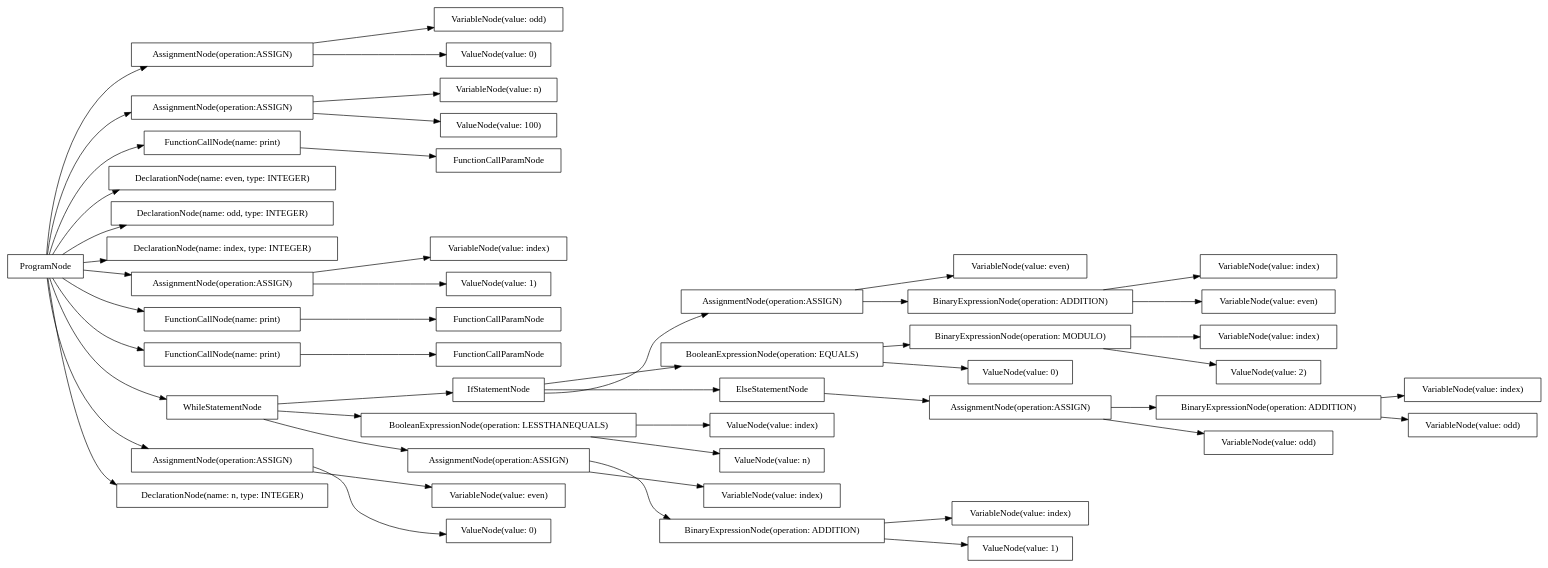
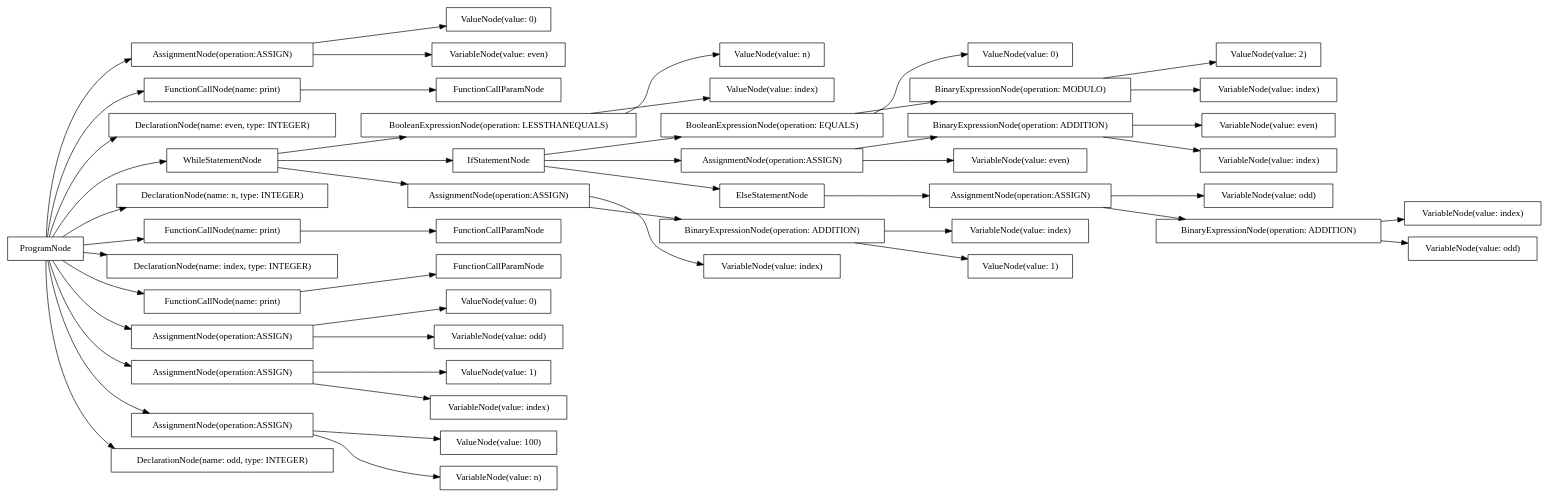
One commit to AtLeastITry/ANTLR-Python-Compiler changed the diagram in src/output/dot/odd_even.dot. Above: the diagram before and after it, drawn with Graphviz. The commit also changed 14 other files, not shown here.

```diff
--- a/src/output/dot/odd_even.dot
+++ b/src/output/dot/odd_even.dot
@@ -1,100 +1,100 @@
 digraph G {
 rankdir=LR
-"3809013b-b61e-493b-8d62-8a23dbab45ff" [label="ValueNode(value: index)" shape="box"];
-"6781e518-d2d3-419f-a4c2-068d3c13088f" [label="BinaryExpressionNode(operation: ADDITION)" shape="box"];
-"0256ef0f-d41a-4366-9b10-d1d94346692d" [label="VariableNode(value: index)" shape="box"];
-"fae9a1ee-4cd4-4255-af18-330e2ff16569" [label="VariableNode(value: index)" shape="box"];
-"02f9b471-5ef6-4e3b-ada4-86e4ba8ac185" [label="AssignmentNode(operation:ASSIGN)" shape="box"];
-"87c7e4fe-4abf-4461-bd63-7e54dca55efe" [label="FunctionCallParamNode" shape="box"];
-"5439dd19-3e44-4da8-9215-573bfc61f30e" [label="VariableNode(value: even)" shape="box"];
-"7bd5accd-e22b-4c8e-bf56-f90ff34bc320" [label="AssignmentNode(operation:ASSIGN)" shape="box"];
-"d639a80e-4cbc-47eb-9565-3c8ecb4a4854" [label="VariableNode(value: n)" shape="box"];
-"d42efec5-084f-4982-ab72-4f3ec8c3dc3e" [label="VariableNode(value: odd)" shape="box"];
-"07bce325-fcf5-446f-afda-afbe905f5aa1" [label="IfStatementNode" shape="box"];
-"52468fc1-8027-4d6e-9e62-03e282b260dc" [label="AssignmentNode(operation:ASSIGN)" shape="box"];
-"3a7d7f69-3c8e-4176-8a4a-3048b28152cc" [label="BooleanExpressionNode(operation: EQUALS)" shape="box"];
-"a2e1cc5d-94a8-4962-891a-d42a135f9eba" [label="ElseStatementNode" shape="box"];
-"0d0e05b9-266d-403a-8d1a-c05770c76b4e" [label="VariableNode(value: index)" shape="box"];
-"ce733e91-65bf-4e02-a78b-aa477d0c1239" [label="ValueNode(value: 2)" shape="box"];
-"885a8039-c92a-44d7-87a3-9e57b24ff50d" [label="ValueNode(value: n)" shape="box"];
-"95a9ed94-b1a4-4bac-882e-0b4ae112166d" [label="ValueNode(value: 1)" shape="box"];
-"85bf4077-cf6f-42bb-877e-9ce20c26c588" [label="FunctionCallNode(name: print)" shape="box"];
-"ac5817c1-da05-457c-a48f-839d79ef4dac" [label="VariableNode(value: odd)" shape="box"];
-"a93d1f53-38a4-4a39-ac14-e12404324c42" [label="BooleanExpressionNode(operation: LESSTHANEQUALS)" shape="box"];
-"23fb9eef-0342-4af3-969f-816f9fa285c3" [label="DeclarationNode(name: even, type: INTEGER)" shape="box"];
-"636f3e75-ef83-4e53-bc32-0dce8ad4bad5" [label="ValueNode(value: 0)" shape="box"];
-"5c1d7a8a-95dc-4f13-98d7-684fefa108d6" [label="BinaryExpressionNode(operation: MODULO)" shape="box"];
-"1d103224-5580-46b9-a36c-2180cdd6860f" [label="DeclarationNode(name: odd, type: INTEGER)" shape="box"];
-"8923ff8b-311f-4f1c-9979-0f5fcc4d7e78" [label="DeclarationNode(name: index, type: INTEGER)" shape="box"];
-"c94e8104-1da4-4580-8fcf-0d77aa1ffa70" [label="VariableNode(value: index)" shape="box"];
-"a09ea6ff-928d-495a-9dbc-6ec2920c33f9" [label="AssignmentNode(operation:ASSIGN)" shape="box"];
-"a5a10867-4160-49fe-a936-17cc8ff115ed" [label="FunctionCallNode(name: print)" shape="box"];
-"c6a8c293-0a05-4aa6-bad7-0fe6a0e2360a" [label="VariableNode(value: index)" shape="box"];
-"7f09def7-4102-4d2a-bed2-cf0b76eef827" [label="BinaryExpressionNode(operation: ADDITION)" shape="box"];
-"1727135e-61bb-4e9a-a1e0-1a0858f29104" [label="FunctionCallNode(name: print)" shape="box"];
-"f5c30b27-d60a-4dd0-8a52-3cfaf8962247" [label="ValueNode(value: 1)" shape="box"];
-"c8a3aab9-42c3-492e-bf42-12d3aa39d710" [label="WhileStatementNode" shape="box"];
-"1dd0a4c6-21c6-41aa-b4a5-179d02a7da37" [label="AssignmentNode(operation:ASSIGN)" shape="box"];
-"09a7f854-989b-4a93-9d32-814a205ca48c" [label="VariableNode(value: even)" shape="box"];
-"95bac37d-3ea4-4ce7-a424-7c94b04c572d" [label="VariableNode(value: index)" shape="box"];
-"51e7272d-1971-49e7-8f52-1d53507bd344" [label="DeclarationNode(name: n, type: INTEGER)" shape="box"];
-"5a2064b0-965a-4987-a42a-f1c3fc591c9e" [label="ValueNode(value: 0)" shape="box"];
-"3bc1737d-fd6c-4907-a2e6-3f2a8d6c7013" [label="VariableNode(value: even)" shape="box"];
-"7087e7ad-cf29-406f-be73-b8e9bf1ab809" [label="AssignmentNode(operation:ASSIGN)" shape="box"];
-"95c101bf-cc89-4a58-b998-feed817445c7" [label="ProgramNode" shape="box"];
-"687a74a7-6ad3-4ba1-a66d-3c1b2ca7eb97" [label="FunctionCallParamNode" shape="box"];
-"38ed1f74-5821-4ac8-bf9e-9becb8e6948a" [label="ValueNode(value: 0)" shape="box"];
-"9a0e4a6e-b478-4368-8723-6470f99e82c8" [label="VariableNode(value: odd)" shape="box"];
-"83256038-ec40-4846-b72a-dbd8b6f4b96b" [label="ValueNode(value: 100)" shape="box"];
-"413e19a1-f1be-4610-8c2e-8ec1226fd8ca" [label="AssignmentNode(operation:ASSIGN)" shape="box"];
-"322ccabc-77e9-4eed-89e9-c4d230421193" [label="BinaryExpressionNode(operation: ADDITION)" shape="box"];
-"fe72e887-d12a-47c0-b0c2-0172547c292d" [label="FunctionCallParamNode" shape="box"];
-"95c101bf-cc89-4a58-b998-feed817445c7" -> "51e7272d-1971-49e7-8f52-1d53507bd344";
-"95c101bf-cc89-4a58-b998-feed817445c7" -> "1d103224-5580-46b9-a36c-2180cdd6860f";
-"95c101bf-cc89-4a58-b998-feed817445c7" -> "23fb9eef-0342-4af3-969f-816f9fa285c3";
-"95c101bf-cc89-4a58-b998-feed817445c7" -> "8923ff8b-311f-4f1c-9979-0f5fcc4d7e78";
-"95c101bf-cc89-4a58-b998-feed817445c7" -> "7bd5accd-e22b-4c8e-bf56-f90ff34bc320";
-"7bd5accd-e22b-4c8e-bf56-f90ff34bc320" -> "d639a80e-4cbc-47eb-9565-3c8ecb4a4854";
-"7bd5accd-e22b-4c8e-bf56-f90ff34bc320" -> "83256038-ec40-4846-b72a-dbd8b6f4b96b";
-"95c101bf-cc89-4a58-b998-feed817445c7" -> "02f9b471-5ef6-4e3b-ada4-86e4ba8ac185";
-"02f9b471-5ef6-4e3b-ada4-86e4ba8ac185" -> "ac5817c1-da05-457c-a48f-839d79ef4dac";
-"02f9b471-5ef6-4e3b-ada4-86e4ba8ac185" -> "636f3e75-ef83-4e53-bc32-0dce8ad4bad5";
-"95c101bf-cc89-4a58-b998-feed817445c7" -> "1dd0a4c6-21c6-41aa-b4a5-179d02a7da37";
-"1dd0a4c6-21c6-41aa-b4a5-179d02a7da37" -> "5439dd19-3e44-4da8-9215-573bfc61f30e";
-"1dd0a4c6-21c6-41aa-b4a5-179d02a7da37" -> "5a2064b0-965a-4987-a42a-f1c3fc591c9e";
-"95c101bf-cc89-4a58-b998-feed817445c7" -> "a09ea6ff-928d-495a-9dbc-6ec2920c33f9";
-"a09ea6ff-928d-495a-9dbc-6ec2920c33f9" -> "fae9a1ee-4cd4-4255-af18-330e2ff16569";
-"a09ea6ff-928d-495a-9dbc-6ec2920c33f9" -> "95a9ed94-b1a4-4bac-882e-0b4ae112166d";
-"95c101bf-cc89-4a58-b998-feed817445c7" -> "c8a3aab9-42c3-492e-bf42-12d3aa39d710";
-"c8a3aab9-42c3-492e-bf42-12d3aa39d710" -> "a93d1f53-38a4-4a39-ac14-e12404324c42";
-"a93d1f53-38a4-4a39-ac14-e12404324c42" -> "3809013b-b61e-493b-8d62-8a23dbab45ff";
-"a93d1f53-38a4-4a39-ac14-e12404324c42" -> "885a8039-c92a-44d7-87a3-9e57b24ff50d";
-"c8a3aab9-42c3-492e-bf42-12d3aa39d710" -> "07bce325-fcf5-446f-afda-afbe905f5aa1";
-"07bce325-fcf5-446f-afda-afbe905f5aa1" -> "3a7d7f69-3c8e-4176-8a4a-3048b28152cc";
-"3a7d7f69-3c8e-4176-8a4a-3048b28152cc" -> "5c1d7a8a-95dc-4f13-98d7-684fefa108d6";
-"5c1d7a8a-95dc-4f13-98d7-684fefa108d6" -> "0d0e05b9-266d-403a-8d1a-c05770c76b4e";
-"5c1d7a8a-95dc-4f13-98d7-684fefa108d6" -> "ce733e91-65bf-4e02-a78b-aa477d0c1239";
-"3a7d7f69-3c8e-4176-8a4a-3048b28152cc" -> "38ed1f74-5821-4ac8-bf9e-9becb8e6948a";
-"07bce325-fcf5-446f-afda-afbe905f5aa1" -> "52468fc1-8027-4d6e-9e62-03e282b260dc";
-"52468fc1-8027-4d6e-9e62-03e282b260dc" -> "3bc1737d-fd6c-4907-a2e6-3f2a8d6c7013";
-"52468fc1-8027-4d6e-9e62-03e282b260dc" -> "322ccabc-77e9-4eed-89e9-c4d230421193";
-"322ccabc-77e9-4eed-89e9-c4d230421193" -> "09a7f854-989b-4a93-9d32-814a205ca48c";
-"322ccabc-77e9-4eed-89e9-c4d230421193" -> "c94e8104-1da4-4580-8fcf-0d77aa1ffa70";
-"07bce325-fcf5-446f-afda-afbe905f5aa1" -> "a2e1cc5d-94a8-4962-891a-d42a135f9eba";
-"a2e1cc5d-94a8-4962-891a-d42a135f9eba" -> "413e19a1-f1be-4610-8c2e-8ec1226fd8ca";
-"413e19a1-f1be-4610-8c2e-8ec1226fd8ca" -> "d42efec5-084f-4982-ab72-4f3ec8c3dc3e";
-"413e19a1-f1be-4610-8c2e-8ec1226fd8ca" -> "6781e518-d2d3-419f-a4c2-068d3c13088f";
-"6781e518-d2d3-419f-a4c2-068d3c13088f" -> "9a0e4a6e-b478-4368-8723-6470f99e82c8";
-"6781e518-d2d3-419f-a4c2-068d3c13088f" -> "95bac37d-3ea4-4ce7-a424-7c94b04c572d";
-"c8a3aab9-42c3-492e-bf42-12d3aa39d710" -> "7087e7ad-cf29-406f-be73-b8e9bf1ab809";
-"7087e7ad-cf29-406f-be73-b8e9bf1ab809" -> "0256ef0f-d41a-4366-9b10-d1d94346692d";
-"7087e7ad-cf29-406f-be73-b8e9bf1ab809" -> "7f09def7-4102-4d2a-bed2-cf0b76eef827";
-"7f09def7-4102-4d2a-bed2-cf0b76eef827" -> "c6a8c293-0a05-4aa6-bad7-0fe6a0e2360a";
-"7f09def7-4102-4d2a-bed2-cf0b76eef827" -> "f5c30b27-d60a-4dd0-8a52-3cfaf8962247";
-"95c101bf-cc89-4a58-b998-feed817445c7" -> "1727135e-61bb-4e9a-a1e0-1a0858f29104";
-"1727135e-61bb-4e9a-a1e0-1a0858f29104" -> "687a74a7-6ad3-4ba1-a66d-3c1b2ca7eb97";
-"95c101bf-cc89-4a58-b998-feed817445c7" -> "85bf4077-cf6f-42bb-877e-9ce20c26c588";
-"85bf4077-cf6f-42bb-877e-9ce20c26c588" -> "fe72e887-d12a-47c0-b0c2-0172547c292d";
-"95c101bf-cc89-4a58-b998-feed817445c7" -> "a5a10867-4160-49fe-a936-17cc8ff115ed";
-"a5a10867-4160-49fe-a936-17cc8ff115ed" -> "87c7e4fe-4abf-4461-bd63-7e54dca55efe";
+"729b352f-f85f-4c84-b434-b8076f79fea6" [label="ValueNode(value: n)" shape="box"];
+"01490b1f-e63e-423d-b143-aa902bd65455" [label="AssignmentNode(operation:ASSIGN)" shape="box"];
+"8e3f9f03-fa1c-4296-8f4e-d78ee113c4e2" [label="ValueNode(value: 1)" shape="box"];
+"98dc1c1e-78d1-4ca4-b842-37a0b9ab4071" [label="BooleanExpressionNode(operation: LESSTHANEQUALS)" shape="box"];
+"5e18db49-2d68-4467-9758-f30a5d438e5e" [label="VariableNode(value: odd)" shape="box"];
+"bf09a55b-12be-4f2f-a9b6-453ce1491d92" [label="VariableNode(value: index)" shape="box"];
+"583d639a-9745-4221-a98d-03b00c12557f" [label="ValueNode(value: 0)" shape="box"];
+"d3d9627d-d33d-4a3d-abcb-5526256681bb" [label="BooleanExpressionNode(operation: EQUALS)" shape="box"];
+"e7eb03bd-1be1-42ad-9b07-fcbc6646ee7d" [label="VariableNode(value: odd)" shape="box"];
+"62c8fe1e-ae24-4c0e-aa68-4763a1dd1808" [label="FunctionCallNode(name: print)" shape="box"];
+"f33924f6-3be6-4b22-8f7f-3cf26c0a5d2f" [label="IfStatementNode" shape="box"];
+"8206b050-6f24-40b7-9060-75d6054b731e" [label="VariableNode(value: odd)" shape="box"];
+"73dd6ad6-4535-4def-a542-58547d05d8e4" [label="FunctionCallParamNode" shape="box"];
+"af73e7a8-8e57-4c23-82d4-466ce430f780" [label="ValueNode(value: 0)" shape="box"];
+"3cd83ac4-73ca-4273-8259-84205f8ceef8" [label="AssignmentNode(operation:ASSIGN)" shape="box"];
+"79eaed1d-0693-429f-9575-06d60d267754" [label="ValueNode(value: 100)" shape="box"];
+"18d7caa5-170c-4330-aa98-49e91aefbffb" [label="BinaryExpressionNode(operation: ADDITION)" shape="box"];
+"6e6e1c4a-ea4a-40d8-984e-3da582020f72" [label="DeclarationNode(name: even, type: INTEGER)" shape="box"];
+"db6fa918-a832-4a8c-b676-081a1464256c" [label="ValueNode(value: 0)" shape="box"];
+"663216ef-5b3b-4718-b377-4f42494d39b6" [label="VariableNode(value: even)" shape="box"];
+"6d3e80dd-425b-468d-915e-004449d445c1" [label="WhileStatementNode" shape="box"];
+"ecdff883-628b-45d8-91ad-f9eead105e67" [label="DeclarationNode(name: n, type: INTEGER)" shape="box"];
+"5377ae63-84a5-41ed-b42c-a87b69481c83" [label="FunctionCallNode(name: print)" shape="box"];
+"ba16a760-ec33-488e-b07b-1c9e49dc2333" [label="DeclarationNode(name: index, type: INTEGER)" shape="box"];
+"1cc86ce2-dc72-4698-adde-bc7491641dcf" [label="VariableNode(value: index)" shape="box"];
+"32ad8cb5-49f1-419e-809a-b8ab3ee084e4" [label="FunctionCallNode(name: print)" shape="box"];
+"46a4e960-9ce9-438e-b59e-3084966b259d" [label="AssignmentNode(operation:ASSIGN)" shape="box"];
+"cf9aa907-6960-4a26-8f84-a26c10845662" [label="VariableNode(value: n)" shape="box"];
+"c0ebedf7-35cc-4f69-889c-80a7e7bb396e" [label="FunctionCallParamNode" shape="box"];
+"40250295-0934-4163-85e8-4d921562f525" [label="ValueNode(value: 2)" shape="box"];
+"c9072b11-6ad4-421a-bc2d-35b0d9009d9f" [label="VariableNode(value: index)" shape="box"];
+"a6059096-ae29-4001-8fba-d82a7c393b4f" [label="BinaryExpressionNode(operation: MODULO)" shape="box"];
+"ca4cd8cb-e0d5-4f06-a088-46b7ef5659dd" [label="AssignmentNode(operation:ASSIGN)" shape="box"];
+"8d5445c6-4d70-4537-9338-ec3fd4751ac7" [label="FunctionCallParamNode" shape="box"];
+"9bf1f28e-17d6-4a70-b05b-81e581783ffa" [label="ProgramNode" shape="box"];
+"d095644d-dece-4131-9cee-cf033368984b" [label="VariableNode(value: index)" shape="box"];
+"8f702f67-8a1b-4630-a7fd-2bbc464d68dc" [label="AssignmentNode(operation:ASSIGN)" shape="box"];
+"88d0721a-e14b-4331-aed1-9044ef0535cc" [label="VariableNode(value: even)" shape="box"];
+"52e0f839-6089-4cf1-8851-1adad462dea5" [label="AssignmentNode(operation:ASSIGN)" shape="box"];
+"6a42671a-5a26-4aa9-9c85-b7eca866e636" [label="BinaryExpressionNode(operation: ADDITION)" shape="box"];
+"5468da85-fca8-453d-9344-45ab6ff91e81" [label="VariableNode(value: index)" shape="box"];
+"03e6e7d3-bcd3-450f-9f74-24210181604d" [label="ValueNode(value: index)" shape="box"];
+"166c6dc0-3e5f-43dc-8f8d-a136f7fe2198" [label="AssignmentNode(operation:ASSIGN)" shape="box"];
+"1f8e25cb-6094-4013-a2f9-609c50266473" [label="VariableNode(value: index)" shape="box"];
+"a12af274-118e-4011-9e0f-204af93b2147" [label="BinaryExpressionNode(operation: ADDITION)" shape="box"];
+"4a7932c5-521a-47fd-afad-08a8d3a2d385" [label="VariableNode(value: even)" shape="box"];
+"ffb14de7-fa5c-4de9-a76f-c3c35a93a226" [label="DeclarationNode(name: odd, type: INTEGER)" shape="box"];
+"2a656435-4bc7-4ec1-873f-471c61785c71" [label="ElseStatementNode" shape="box"];
+"12faabbb-dc34-4a7e-ac3d-161fd5558482" [label="ValueNode(value: 1)" shape="box"];
+"9bf1f28e-17d6-4a70-b05b-81e581783ffa" -> "ecdff883-628b-45d8-91ad-f9eead105e67";
+"9bf1f28e-17d6-4a70-b05b-81e581783ffa" -> "ffb14de7-fa5c-4de9-a76f-c3c35a93a226";
+"9bf1f28e-17d6-4a70-b05b-81e581783ffa" -> "6e6e1c4a-ea4a-40d8-984e-3da582020f72";
+"9bf1f28e-17d6-4a70-b05b-81e581783ffa" -> "ba16a760-ec33-488e-b07b-1c9e49dc2333";
+"9bf1f28e-17d6-4a70-b05b-81e581783ffa" -> "166c6dc0-3e5f-43dc-8f8d-a136f7fe2198";
+"166c6dc0-3e5f-43dc-8f8d-a136f7fe2198" -> "cf9aa907-6960-4a26-8f84-a26c10845662";
+"166c6dc0-3e5f-43dc-8f8d-a136f7fe2198" -> "79eaed1d-0693-429f-9575-06d60d267754";
+"9bf1f28e-17d6-4a70-b05b-81e581783ffa" -> "ca4cd8cb-e0d5-4f06-a088-46b7ef5659dd";
+"ca4cd8cb-e0d5-4f06-a088-46b7ef5659dd" -> "e7eb03bd-1be1-42ad-9b07-fcbc6646ee7d";
+"ca4cd8cb-e0d5-4f06-a088-46b7ef5659dd" -> "583d639a-9745-4221-a98d-03b00c12557f";
+"9bf1f28e-17d6-4a70-b05b-81e581783ffa" -> "01490b1f-e63e-423d-b143-aa902bd65455";
+"01490b1f-e63e-423d-b143-aa902bd65455" -> "4a7932c5-521a-47fd-afad-08a8d3a2d385";
+"01490b1f-e63e-423d-b143-aa902bd65455" -> "af73e7a8-8e57-4c23-82d4-466ce430f780";
+"9bf1f28e-17d6-4a70-b05b-81e581783ffa" -> "52e0f839-6089-4cf1-8851-1adad462dea5";
+"52e0f839-6089-4cf1-8851-1adad462dea5" -> "1cc86ce2-dc72-4698-adde-bc7491641dcf";
+"52e0f839-6089-4cf1-8851-1adad462dea5" -> "8e3f9f03-fa1c-4296-8f4e-d78ee113c4e2";
+"9bf1f28e-17d6-4a70-b05b-81e581783ffa" -> "6d3e80dd-425b-468d-915e-004449d445c1";
+"6d3e80dd-425b-468d-915e-004449d445c1" -> "98dc1c1e-78d1-4ca4-b842-37a0b9ab4071";
+"98dc1c1e-78d1-4ca4-b842-37a0b9ab4071" -> "03e6e7d3-bcd3-450f-9f74-24210181604d";
+"98dc1c1e-78d1-4ca4-b842-37a0b9ab4071" -> "729b352f-f85f-4c84-b434-b8076f79fea6";
+"6d3e80dd-425b-468d-915e-004449d445c1" -> "f33924f6-3be6-4b22-8f7f-3cf26c0a5d2f";
+"f33924f6-3be6-4b22-8f7f-3cf26c0a5d2f" -> "d3d9627d-d33d-4a3d-abcb-5526256681bb";
+"d3d9627d-d33d-4a3d-abcb-5526256681bb" -> "a6059096-ae29-4001-8fba-d82a7c393b4f";
+"a6059096-ae29-4001-8fba-d82a7c393b4f" -> "d095644d-dece-4131-9cee-cf033368984b";
+"a6059096-ae29-4001-8fba-d82a7c393b4f" -> "40250295-0934-4163-85e8-4d921562f525";
+"d3d9627d-d33d-4a3d-abcb-5526256681bb" -> "db6fa918-a832-4a8c-b676-081a1464256c";
+"f33924f6-3be6-4b22-8f7f-3cf26c0a5d2f" -> "8f702f67-8a1b-4630-a7fd-2bbc464d68dc";
+"8f702f67-8a1b-4630-a7fd-2bbc464d68dc" -> "663216ef-5b3b-4718-b377-4f42494d39b6";
+"8f702f67-8a1b-4630-a7fd-2bbc464d68dc" -> "18d7caa5-170c-4330-aa98-49e91aefbffb";
+"18d7caa5-170c-4330-aa98-49e91aefbffb" -> "88d0721a-e14b-4331-aed1-9044ef0535cc";
+"18d7caa5-170c-4330-aa98-49e91aefbffb" -> "5468da85-fca8-453d-9344-45ab6ff91e81";
+"f33924f6-3be6-4b22-8f7f-3cf26c0a5d2f" -> "2a656435-4bc7-4ec1-873f-471c61785c71";
+"2a656435-4bc7-4ec1-873f-471c61785c71" -> "3cd83ac4-73ca-4273-8259-84205f8ceef8";
+"3cd83ac4-73ca-4273-8259-84205f8ceef8" -> "5e18db49-2d68-4467-9758-f30a5d438e5e";
+"3cd83ac4-73ca-4273-8259-84205f8ceef8" -> "a12af274-118e-4011-9e0f-204af93b2147";
+"a12af274-118e-4011-9e0f-204af93b2147" -> "8206b050-6f24-40b7-9060-75d6054b731e";
+"a12af274-118e-4011-9e0f-204af93b2147" -> "bf09a55b-12be-4f2f-a9b6-453ce1491d92";
+"6d3e80dd-425b-468d-915e-004449d445c1" -> "46a4e960-9ce9-438e-b59e-3084966b259d";
+"46a4e960-9ce9-438e-b59e-3084966b259d" -> "1f8e25cb-6094-4013-a2f9-609c50266473";
+"46a4e960-9ce9-438e-b59e-3084966b259d" -> "6a42671a-5a26-4aa9-9c85-b7eca866e636";
+"6a42671a-5a26-4aa9-9c85-b7eca866e636" -> "c9072b11-6ad4-421a-bc2d-35b0d9009d9f";
+"6a42671a-5a26-4aa9-9c85-b7eca866e636" -> "12faabbb-dc34-4a7e-ac3d-161fd5558482";
+"9bf1f28e-17d6-4a70-b05b-81e581783ffa" -> "32ad8cb5-49f1-419e-809a-b8ab3ee084e4";
+"32ad8cb5-49f1-419e-809a-b8ab3ee084e4" -> "8d5445c6-4d70-4537-9338-ec3fd4751ac7";
+"9bf1f28e-17d6-4a70-b05b-81e581783ffa" -> "62c8fe1e-ae24-4c0e-aa68-4763a1dd1808";
+"62c8fe1e-ae24-4c0e-aa68-4763a1dd1808" -> "c0ebedf7-35cc-4f69-889c-80a7e7bb396e";
+"9bf1f28e-17d6-4a70-b05b-81e581783ffa" -> "5377ae63-84a5-41ed-b42c-a87b69481c83";
+"5377ae63-84a5-41ed-b42c-a87b69481c83" -> "73dd6ad6-4535-4def-a542-58547d05d8e4";
 }
```
